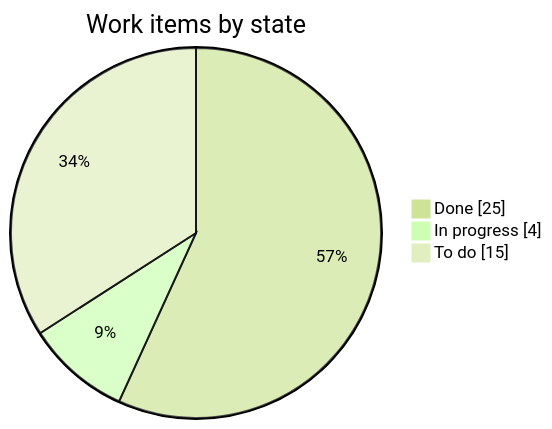
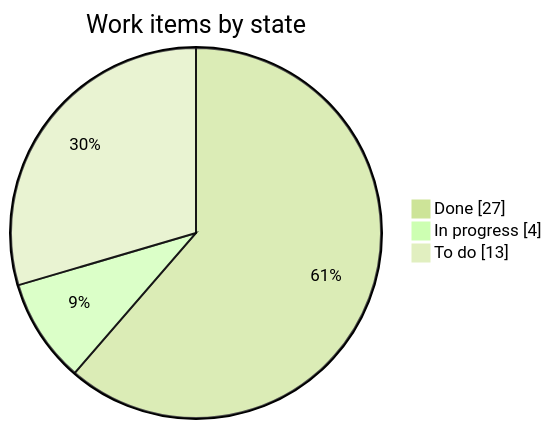
One commit to LoMagnette/ghost-light changed the first of 2 diagrams in STATUS.md. Above: the diagram before and after it, drawn with Mermaid (forest theme). The commit also changed other lines of this file, not shown here.

````diff
--- a/STATUS.md
+++ b/STATUS.md
@@ -31,7 +31,7 @@
 ```mermaid
 pie showData
     title Work items by state
-    "Done" : 25
+    "Done" : 27
     "In progress" : 4
-    "To do" : 15
+    "To do" : 13
 ```
````
